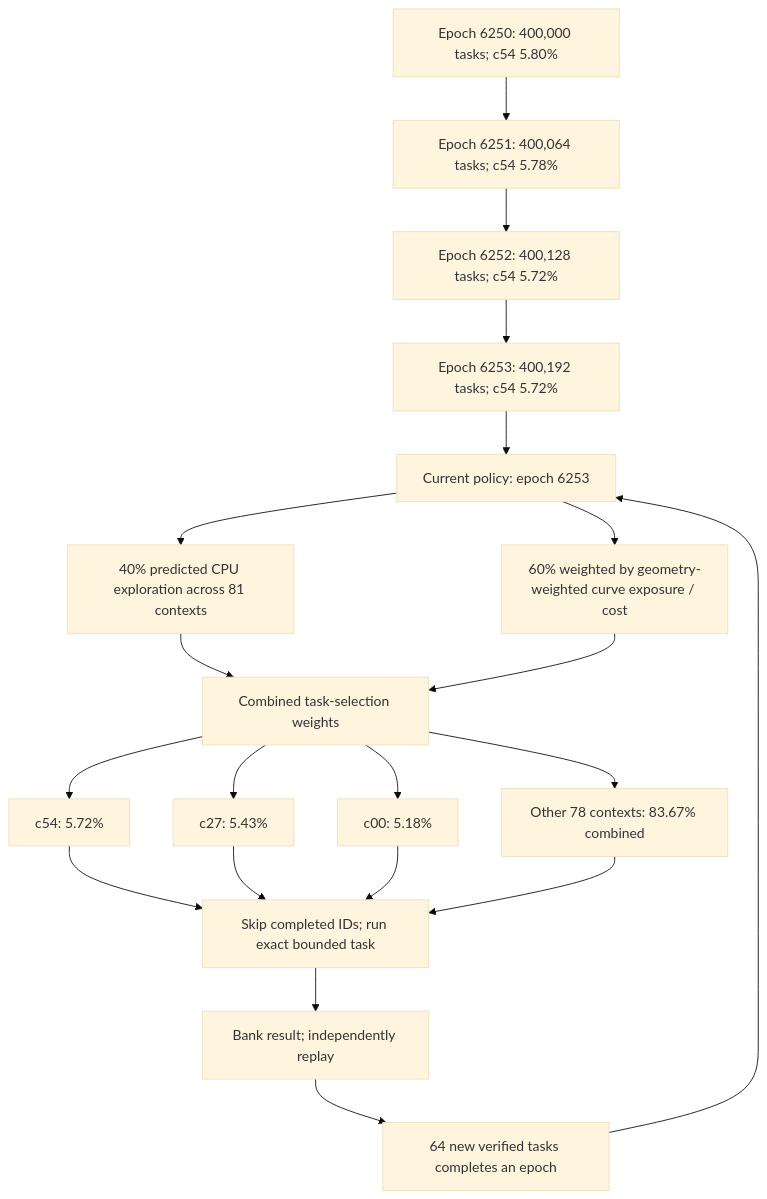
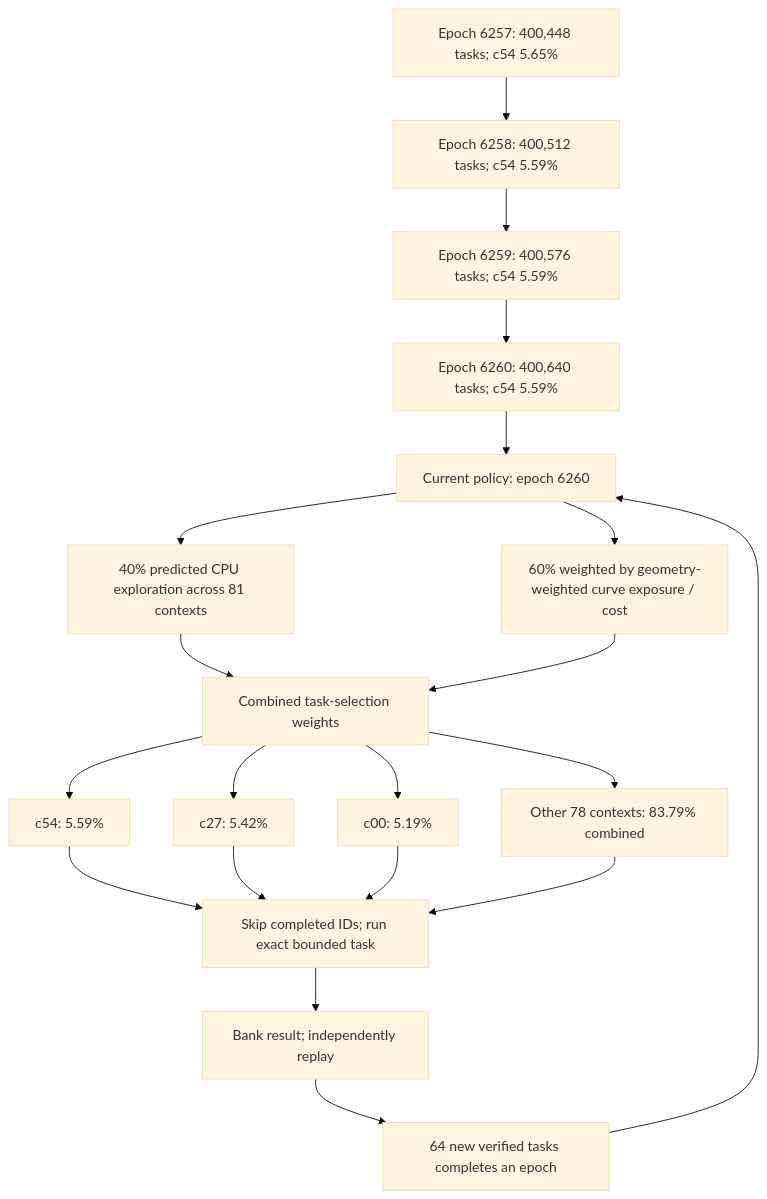
The first of 4 diagrams in README.md (Kuberwastaken/math-gambling), drawn with Mermaid (base theme) before and after one commit. The commit also changed other lines of this file and 1459 other files, not shown here.

````diff
--- a/README.md
+++ b/README.md
@@ -60,27 +60,27 @@
 ```mermaid
 flowchart TD
-    H0["Epoch 6250: 400,000 tasks; c54 5.80%"]
-    H1["Epoch 6251: 400,064 tasks; c54 5.78%"]
+    H0["Epoch 6257: 400,448 tasks; c54 5.65%"]
+    H1["Epoch 6258: 400,512 tasks; c54 5.59%"]
     H0 --> H1
-    H2["Epoch 6252: 400,128 tasks; c54 5.72%"]
+    H2["Epoch 6259: 400,576 tasks; c54 5.59%"]
     H1 --> H2
-    H3["Epoch 6253: 400,192 tasks; c54 5.72%"]
+    H3["Epoch 6260: 400,640 tasks; c54 5.59%"]
     H2 --> H3
-    Policy["Current policy: epoch 6253"]
+    Policy["Current policy: epoch 6260"]
     H3 --> Policy
     Policy --> Explore["40% predicted CPU exploration across 81 contexts"]
     Policy --> Cost["60% weighted by geometry-weighted curve exposure / cost"]
     Explore --> Mix["Combined task-selection weights"]
     Cost --> Mix
-    Mix --> C0["c54: 5.72%"]
-    Mix --> C1["c27: 5.43%"]
-    Mix --> C2["c00: 5.18%"]
-    Mix --> Rest["Other 78 contexts: 83.67% combined"]
+    Mix --> C0["c54: 5.59%"]
+    Mix --> C1["c27: 5.42%"]
+    Mix --> C2["c00: 5.19%"]
+    Mix --> Rest["Other 78 contexts: 83.79% combined"]
     C0 --> Check["Skip completed IDs; run exact bounded task"]
     C1 --> Check
     C2 --> Check
     Rest --> Check
     Check --> Replay["Bank result; independently replay"]
     Replay --> Gate["64 new verified tasks completes an epoch"]
     Gate --> Policy
 ```
````
